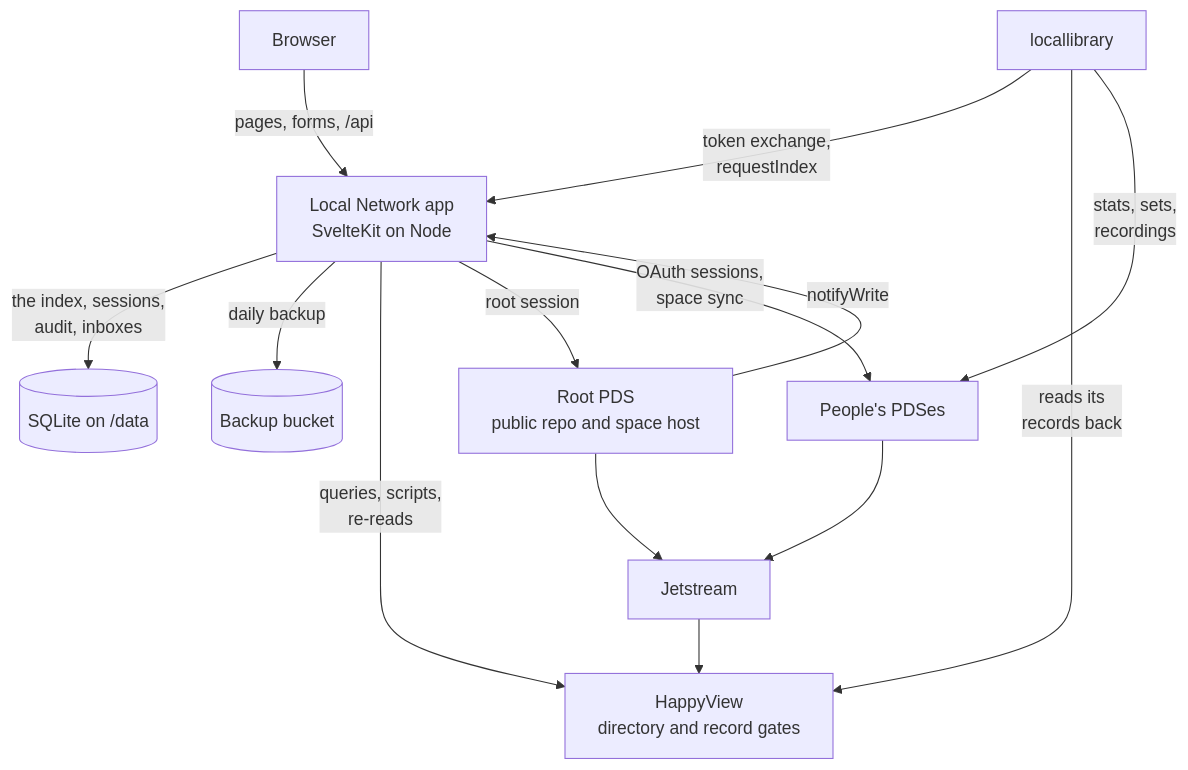
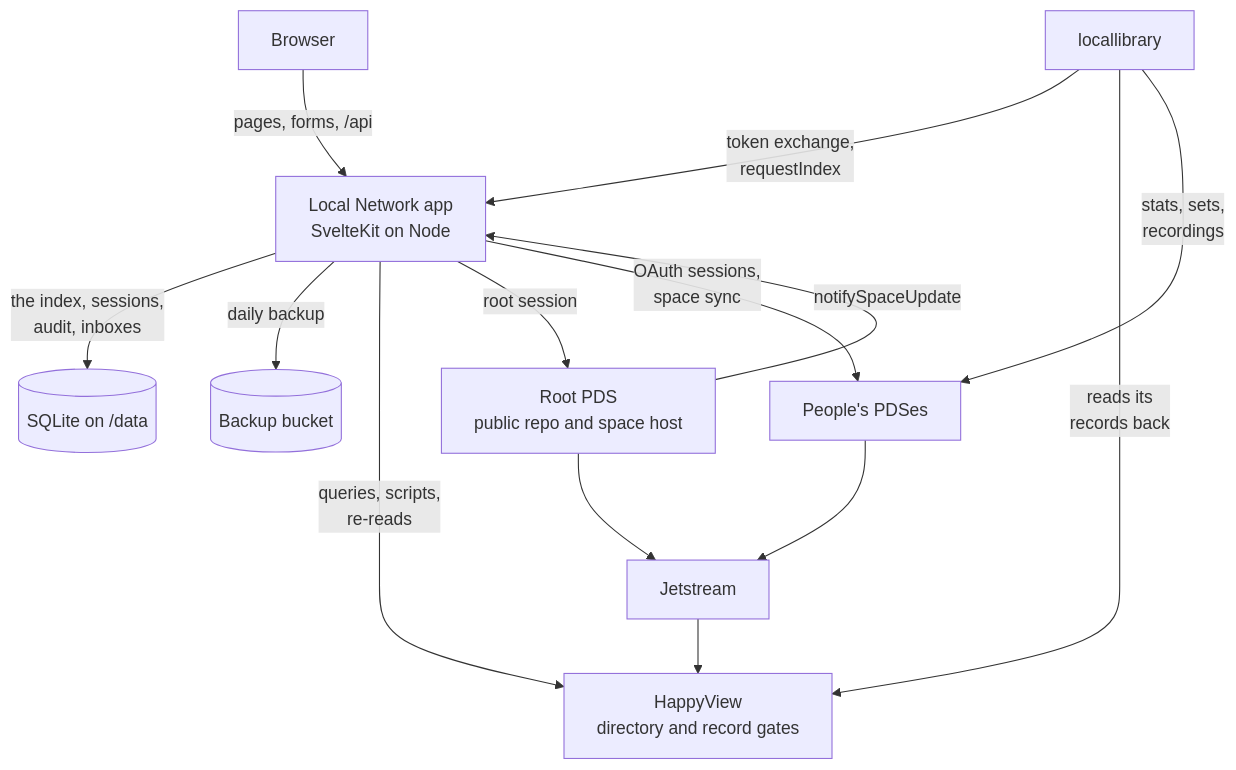
Before and after one commit to cutenode/localnetwork: the third of 11 diagrams in apps/web/README.md, drawn with Mermaid. The commit also changed other lines of this file and 59 other files, not shown here.

````diff
--- a/apps/web/README.md
+++ b/apps/web/README.md
@@ -493,26 +493,26 @@
 ```mermaid
 flowchart TD
   Browser["Browser"]
   Tool["locallibrary"]
   App["Local Network app<br/>SvelteKit on Node"]
   Db[("SQLite on /data")]
   Bucket[("Backup bucket")]
   HV["HappyView<br/>directory and record gates"]
   Root["Root PDS<br/>public repo and space host"]
   Pds["People's PDSes"]
   Jet["Jetstream"]
 
   Browser -- "pages, forms, /api" --> App
   Tool -- "token exchange,<br/>requestIndex" --> App
   Tool -- "reads its<br/>records back" --> HV
   Tool -- "stats, sets,<br/>recordings" --> Pds
   App -- "the index, sessions,<br/>audit, inboxes" --> Db
   App -- "daily backup" --> Bucket
   App -- "queries, scripts,<br/>re-reads" --> HV
   App -- "root session" --> Root
   App -- "OAuth sessions,<br/>space sync" --> Pds
-  Root -- "notifyWrite" --> App
+  Root -- "notifySpaceUpdate" --> App
   Root --> Jet
   Pds --> Jet
   Jet --> HV
 ```
````
